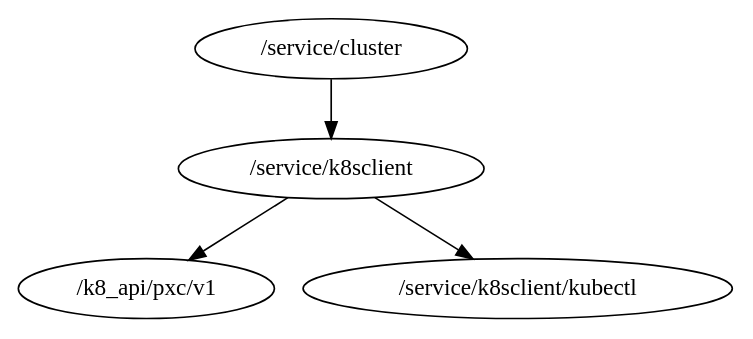
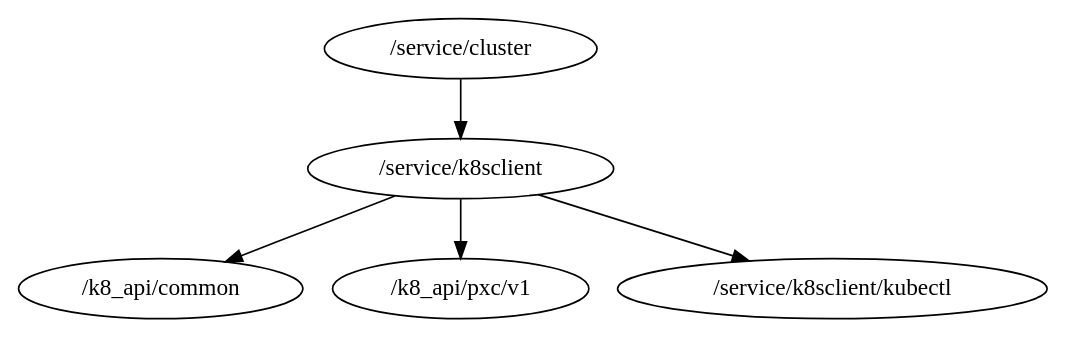
Before and after one commit to percona/dbaas-controller: the diagram in packages.dot, drawn with Graphviz. The commit also changed 15 other files, not shown here.

```diff
--- a/packages.dot
+++ b/packages.dot
@@ -1,5 +1,6 @@
 digraph packages {
 	"/service/cluster" -> "/service/k8sclient";
+	"/service/k8sclient" -> "/k8_api/common";
 	"/service/k8sclient" -> "/k8_api/pxc/v1";
 	"/service/k8sclient" -> "/service/k8sclient/kubectl";
 }
```
